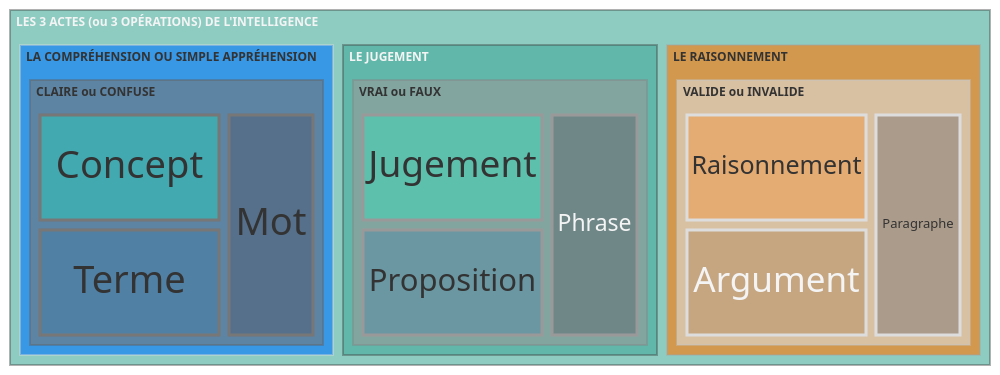
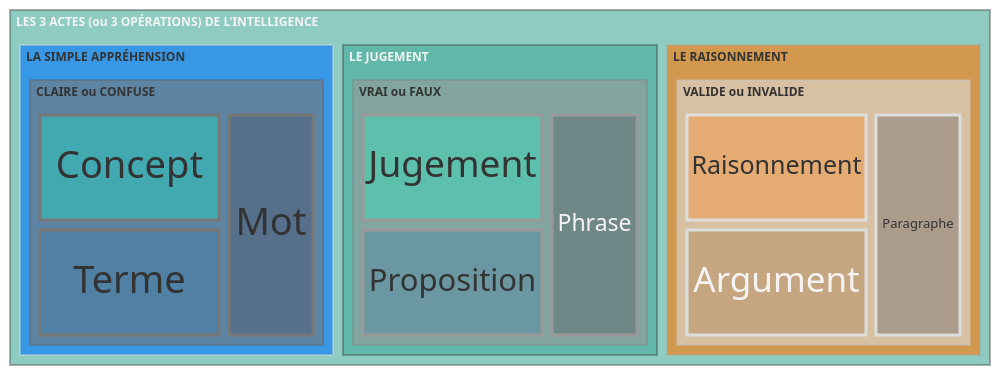
The diagram in 3actes-intelligence.mmd (IpadDilectio/Mairmaid), drawn with Mermaid before and after one commit.

Commit message:
Update 3actes-intelligence.mmd
J'ai évité de mettre compréhension pour la simple appréhension, finalement je préfère garder l'appellation de Jacques Maritain.

```diff
--- a/3actes-intelligence.mmd
+++ b/3actes-intelligence.mmd
@@ -1,35 +1,35 @@
 ---
 config:
   theme: neutral
   themeVariables:
     fontFamily: verdana
   treemap:
     showValues: false
     labelFontSize: 24
 ---
 treemap-beta
 "LES 3 ACTES (ou 3 OPÉRATIONS) DE L'INTELLIGENCE":::menthe
-  "LA COMPRÉHENSION OU SIMPLE APPRÉHENSION":::azul
+  "LA SIMPLE APPRÉHENSION":::azul
     "CLAIRE ou CONFUSE"
       "Concept":20:::turquoise
       "Terme":20:::bleu
       "Mot":20:::ardoise
   "LE JUGEMENT":::menthe
     "VRAI ou FAUX"
       "Jugement":20:::turquoise
       "Proposition":20:::bleu
       "Phrase":20:::ardoise
   "LE RAISONNEMENT":::orange
     "VALIDE ou INVALIDE"
       "Raisonnement":20:::orange
       "Argument":20:::ocre
       "Paragraphe":20:::ardoise
 
 classDef azul fill:#07F
 classDef turquoise fill:#0FC
 classDef orange fill:#F70
 classDef ocre fill:#963
 classDef bleu fill:#37A
 classDef menthe fill:#4A9
 classDef marron fill:#544
 classDef ardoise fill:#445
```
